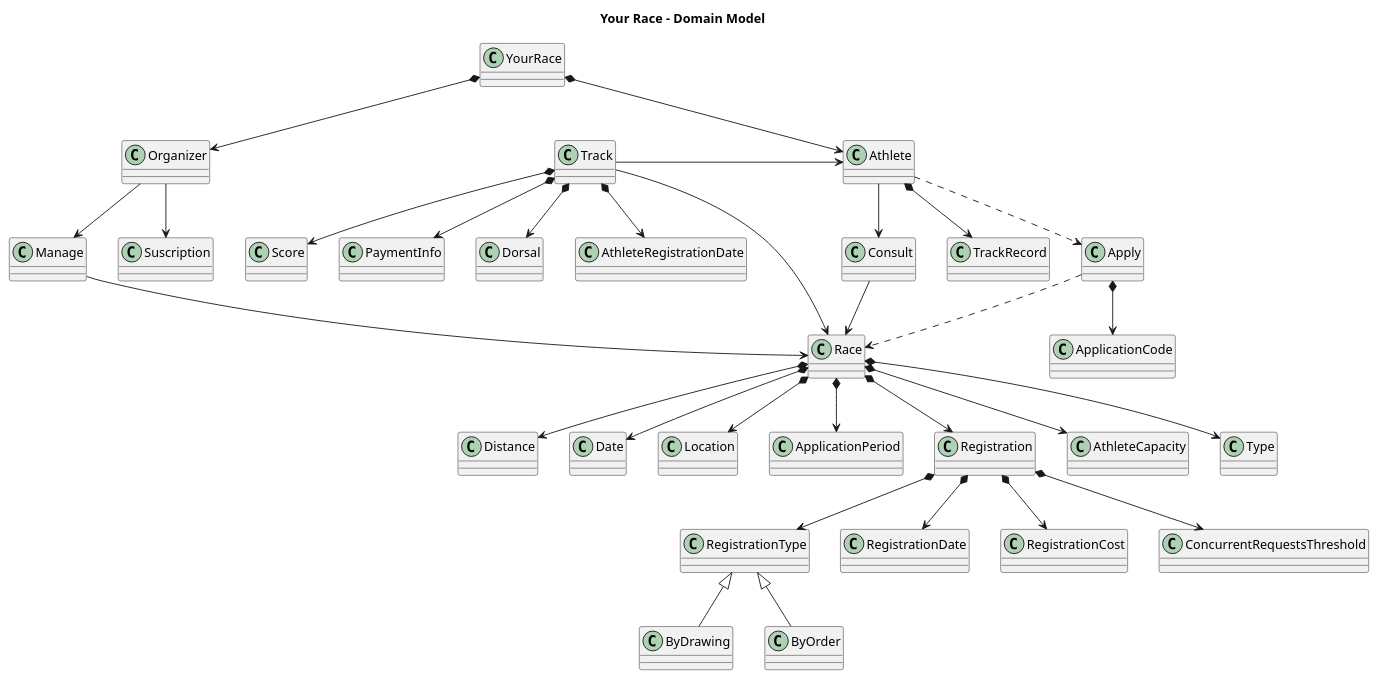
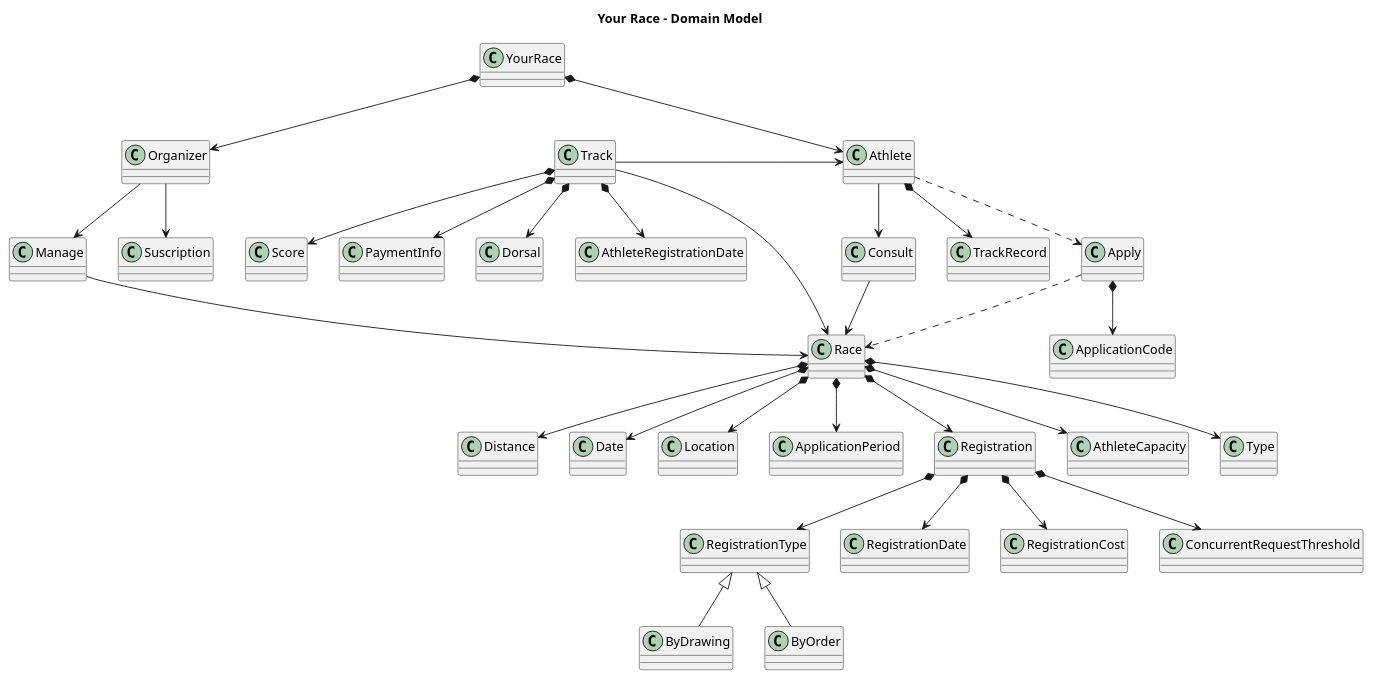
The diagram in docs/plantuml/DomainModel.plantuml (MasterCloudApps-Projects/your-race), drawn with PlantUML before and after one commit. The commit also changed 1 other file, not shown here.

Commit message:
Renombra ConcurrentRequestThreshold

```diff
--- a/docs/plantuml/DomainModel.plantuml
+++ b/docs/plantuml/DomainModel.plantuml
@@ -1,71 +1,71 @@
 @startuml
 title Your Race - Domain Model
 
 class YourRace
 class Athlete
 class Organizer
 class Race
 class Track
 class Distance
 class Date
 class Location
 class Consult
 class Manage
 class Apply
 class Score
 class PaymentInfo
 class Dorsal
 class ApplicationPeriod
 class TrackRecord
 class Suscription
 class Registration
 
 YourRace *--> Athlete
 YourRace *--> Organizer
 
 Organizer --> Manage
 
 Athlete ..> Apply
 Athlete --> Consult
 Athlete *--> TrackRecord
 
 Apply *--> ApplicationCode
 
 Apply ..> Race
 
 Consult --> Race
 
 Manage --> Race
 
 
 Race *--> Distance
 Race *--> AthleteCapacity
 Race *--> Date
 Race *--> Location
 Race *--> Type
 Race *--> ApplicationPeriod
 Race *--> Registration
 
 
 
 Track -right-> Race 
 Track -right-> Athlete 
 Track *--> AthleteRegistrationDate
 Track *--> Dorsal
 Track *--> PaymentInfo
 Track *--> Score
 
 Registration *--> RegistrationType
 Registration *--> RegistrationDate
 Registration *--> RegistrationCost
-Registration *--> ConcurrentRequestsThreshold
+Registration *--> ConcurrentRequestThreshold
 
 RegistrationType <|-- ByDrawing
 RegistrationType <|-- ByOrder
 
 
 Organizer --> Suscription
 
 
 
 @enduml
```
